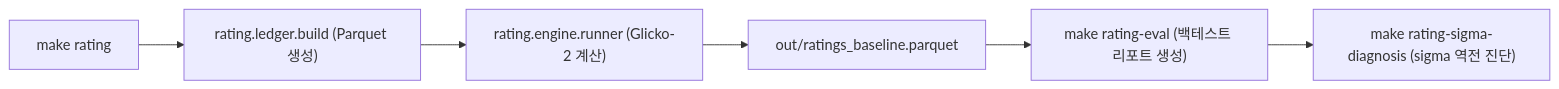
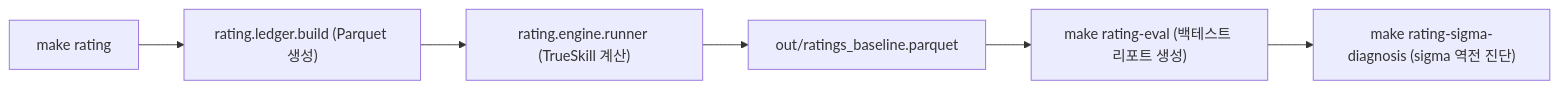
One commit to es-kimo/splits changed the fifth of 6 diagrams in docs/pipeline_runbook.md. Above: the diagram before and after it, drawn with Mermaid. The commit also changed other lines of this file and 4 other files, not shown here.

````diff
--- a/docs/pipeline_runbook.md
+++ b/docs/pipeline_runbook.md
@@ -168,8 +168,8 @@
 ```mermaid
 flowchart LR
     A["make rating"] --> B["rating.ledger.build (Parquet 생성)"]
-    B --> C["rating.engine.runner (Glicko-2 계산)"]
+    B --> C["rating.engine.runner (TrueSkill 계산)"]
     C --> D["out/ratings_baseline.parquet"]
     D --> E["make rating-eval (백테스트 리포트 생성)"]
     E --> F["make rating-sigma-diagnosis (sigma 역전 진단)"]
 ```
````
